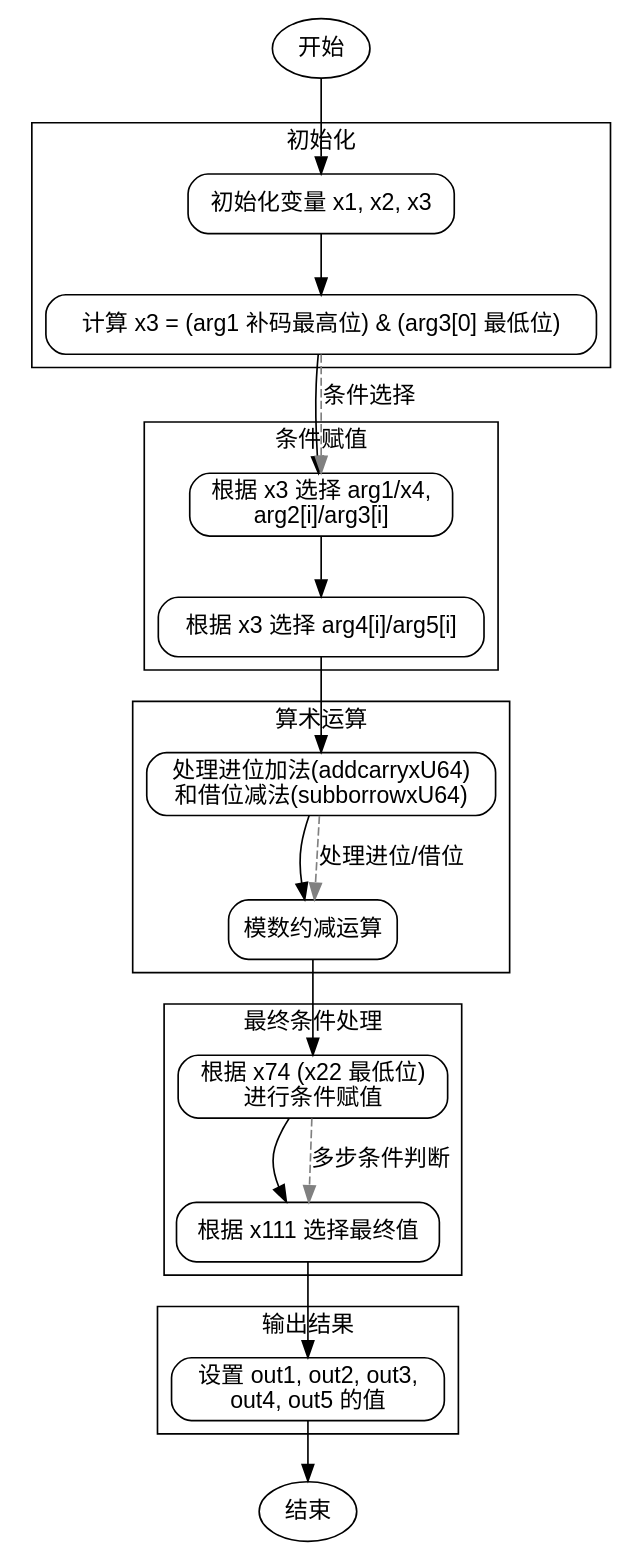
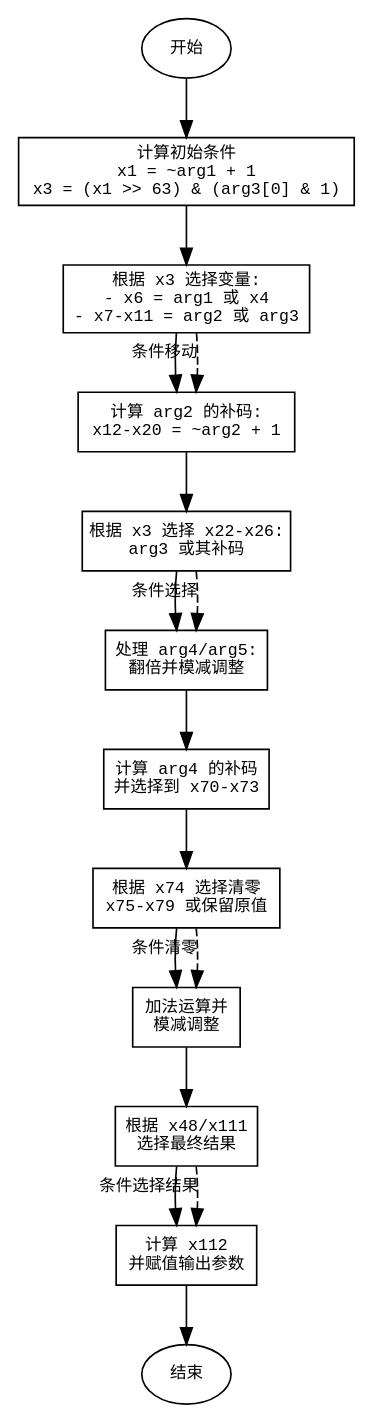
Before and after one commit to sdzx-1/deepseek-zig-reader: the diagram in dot_std/crypto/pcurves/p256/p256_64.zig.divstep.md, drawn with Graphviz. The commit also changed other lines of this file and 236 other files, not shown here.

````diff
--- a/dot_std/crypto/pcurves/p256/p256_64.zig.divstep.md
+++ b/dot_std/crypto/pcurves/p256/p256_64.zig.divstep.md
@@ -26,53 +164,39 @@
 ```dot
-digraph flowchart {
-    node [shape=rectangle, style="rounded", fontname="Helvetica"];
-    edge [fontname="Helvetica"];
+digraph divstep_flow {
     rankdir=TB;
+    node [shape=box, fontname="Courier", fontsize=10];
+    edge [fontname="Courier", fontsize=10];
 
     start [label="开始", shape=ellipse];
     end [label="结束", shape=ellipse];
 
-    subgraph cluster_init {
-        label="初始化";
-        init_vars [label="初始化变量 x1, x2, x3"];
-        calc_x3 [label="计算 x3 = (arg1 补码最高位) & (arg3[0] 最低位)"];
-        init_vars -> calc_x3;
-    }
+    step1 [label="计算初始条件\nx1 = ~arg1 + 1\nx3 = (x1 >> 63) & (arg3[0] & 1)"];
+    step2 [label="根据 x3 选择变量:\n- x6 = arg1 或 x4\n- x7-x11 = arg2 或 arg3"];
+    step3 [label="计算 arg2 的补码:\nx12-x20 = ~arg2 + 1"];
+    step4 [label="根据 x3 选择 x22-x26:\narg3 或其补码"];
+    step5 [label="处理 arg4/arg5:\n翻倍并模减调整"];
+    step6 [label="计算 arg4 的补码\n并选择到 x70-x73"];
+    step7 [label="根据 x74 选择清零\nx75-x79 或保留原值"];
+    step8 [label="加法运算并\n模减调整"];
+    step9 [label="根据 x48/x111\n选择最终结果"];
+    step10 [label="计算 x112\n并赋值输出参数"];
 
-    subgraph cluster_cond_assign {
-        label="条件赋值";
-        cmovznz_1 [label="根据 x3 选择 arg1/x4,\narg2[i]/arg3[i]"];
-        cmovznz_2 [label="根据 x3 选择 arg4[i]/arg5[i]"];
-        calc_x3 -> cmovznz_1 -> cmovznz_2;
-    }
+    start -> step1;
+    step1 -> step2;
+    step2 -> step3;
+    step3 -> step4;
+    step4 -> step5;
+    step5 -> step6;
+    step6 -> step7;
+    step7 -> step8;
+    step8 -> step9;
+    step9 -> step10;
+    step10 -> end;
 
-    subgraph cluster_arithmetic {
-        label="算术运算";
-        add_sub [label="处理进位加法(addcarryxU64)\n和借位减法(subborrowxU64)"];
-        mod_reduction [label="模数约减运算"];
-        cmovznz_2 -> add_sub -> mod_reduction;
-    }
-
-    subgraph cluster_final_cond {
-        label="最终条件处理";
-        cond_x74 [label="根据 x74 (x22 最低位)\n进行条件赋值"];
-        cond_x111 [label="根据 x111 选择最终值"];
-        mod_reduction -> cond_x74 -> cond_x111;
-    }
-
-    subgraph cluster_output {
-        label="输出结果";
-        set_outputs [label="设置 out1, out2, out3,\nout4, out5 的值"];
-        cond_x111 -> set_outputs;
-    }
-
-    start -> init_vars;
-    set_outputs -> end;
-
-    // 关键操作注释
-    edge [style=dashed, color=grey];
-    calc_x3 -> cmovznz_1 [label="条件选择"];
-    add_sub -> mod_reduction [label="处理进位/借位"];
-    cond_x74 -> cond_x111 [label="多步条件判断"];
+    // 添加条件注释
+    step2 -> step3 [xlabel="条件移动", style=dashed];
+    step4 -> step5 [xlabel="条件选择", style=dashed];
+    step7 -> step8 [xlabel="条件清零", style=dashed];
+    step9 -> step10 [xlabel="条件选择结果", style=dashed];
 }
 ```
````
